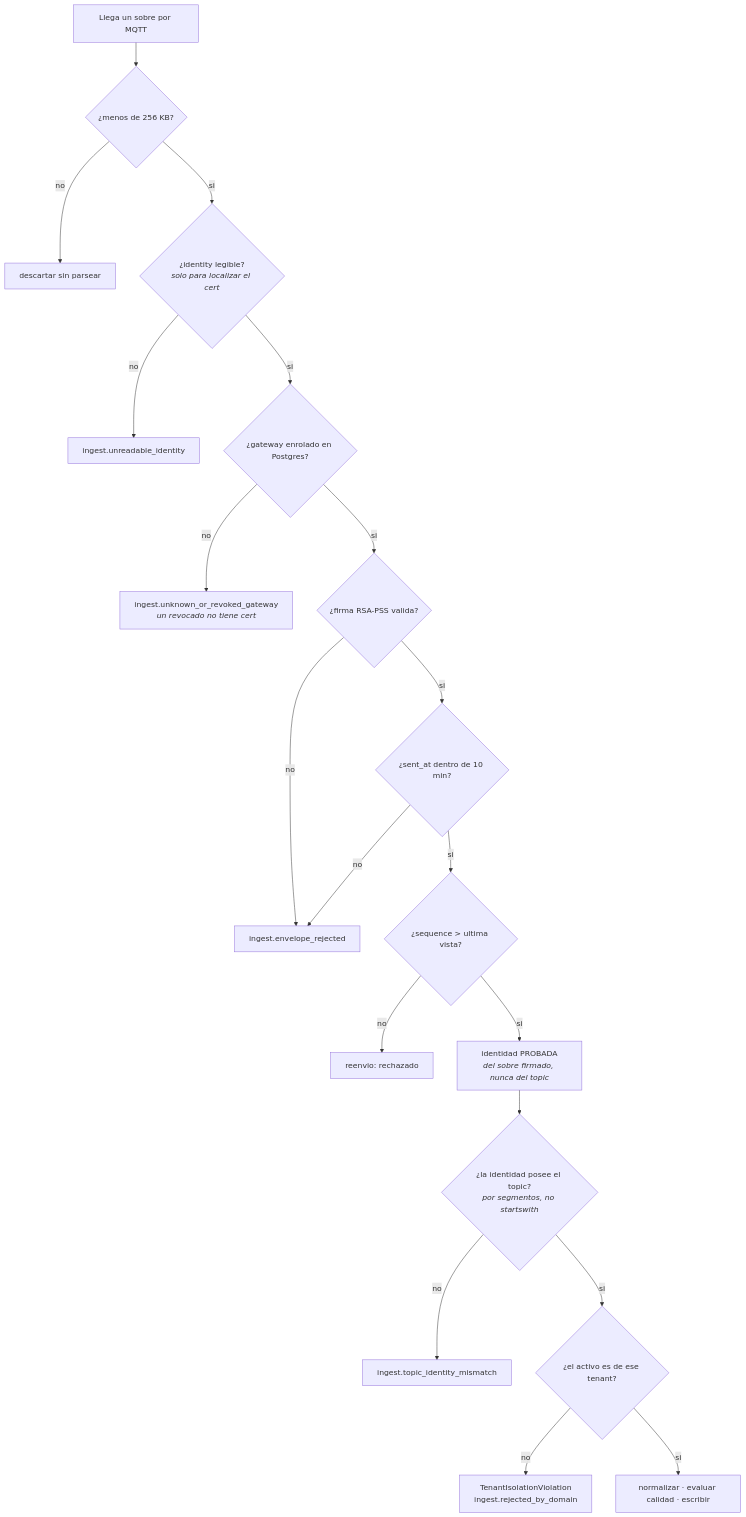
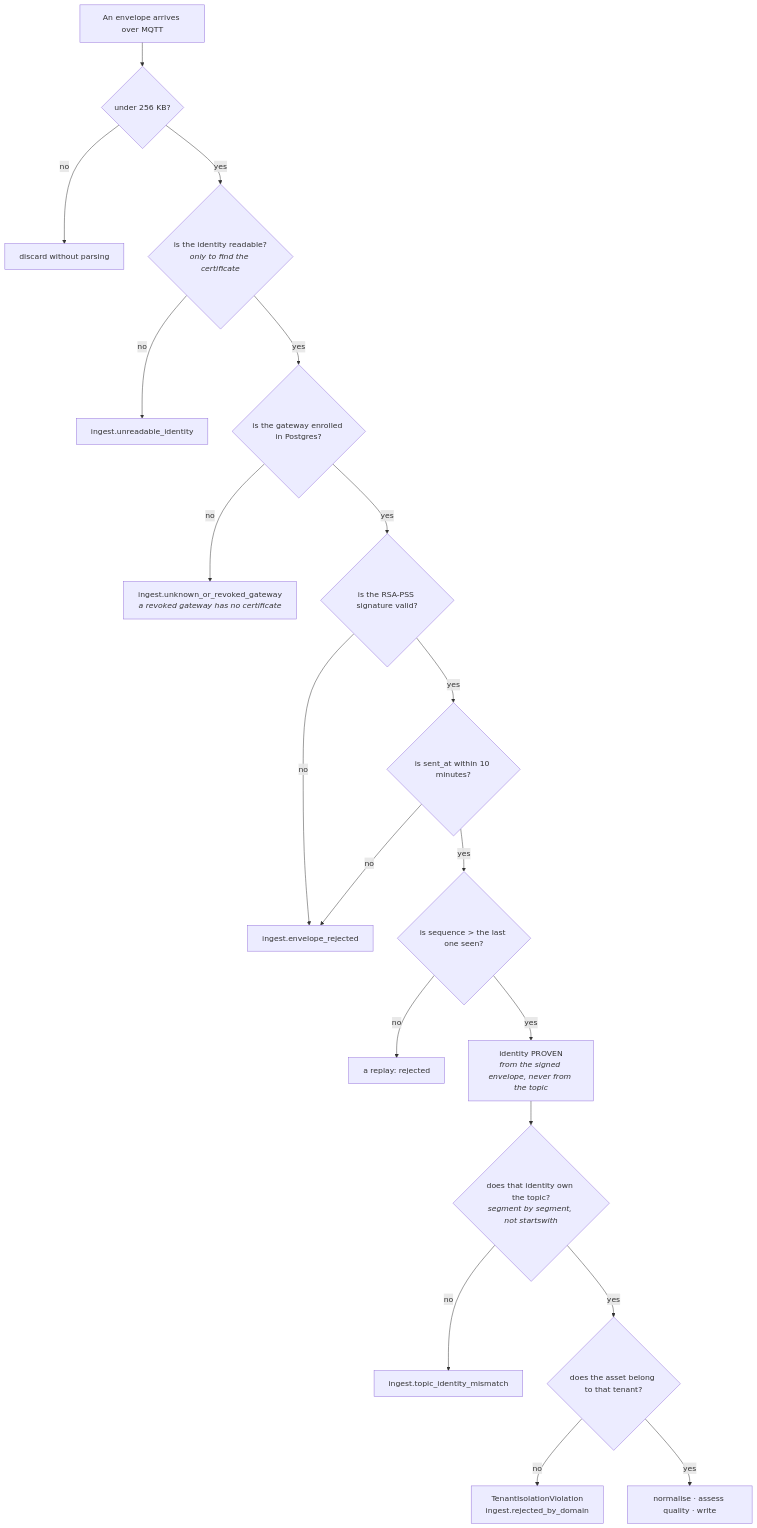
The third of 4 diagrams in README.md (Zoel-Manchon/ferrogate), drawn with Mermaid before and after one commit. The commit also changed other lines of this file, not shown here.

````diff
--- a/README.md
+++ b/README.md
@@ -134,21 +122,21 @@
 ```mermaid
 flowchart TD
-    R["Llega un sobre por MQTT"] --> S{"¿menos de 256 KB?"}
-    S -->|no| X1["descartar sin parsear"]
-    S -->|si| ID{"¿identity legible?<br/><i>solo para localizar el cert</i>"}
+    R["An envelope arrives over MQTT"] --> S{"under 256 KB?"}
+    S -->|no| X1["discard without parsing"]
+    S -->|yes| ID{"is the identity readable?<br/><i>only to find the certificate</i>"}
     ID -->|no| X2["ingest.unreadable_identity"]
-    ID -->|si| CERT{"¿gateway enrolado en Postgres?"}
-    CERT -->|no| X3["ingest.unknown_or_revoked_gateway<br/><i>un revocado no tiene cert</i>"]
-    CERT -->|si| SIG{"¿firma RSA-PSS valida?"}
+    ID -->|yes| CERT{"is the gateway enrolled in Postgres?"}
+    CERT -->|no| X3["ingest.unknown_or_revoked_gateway<br/><i>a revoked gateway has no certificate</i>"]
+    CERT -->|yes| SIG{"is the RSA-PSS signature valid?"}
     SIG -->|no| X4["ingest.envelope_rejected"]
-    SIG -->|si| FRESH{"¿sent_at dentro de 10 min?"}
+    SIG -->|yes| FRESH{"is sent_at within 10 minutes?"}
     FRESH -->|no| X4
-    FRESH -->|si| SEQ{"¿sequence &gt; ultima vista?"}
-    SEQ -->|no| X5["reenvio: rechazado"]
-    SEQ -->|si| PROVEN["identidad PROBADA<br/><i>del sobre firmado, nunca del topic</i>"]
-    PROVEN --> TOP{"¿la identidad posee el topic?<br/><i>por segmentos, no startswith</i>"}
+    FRESH -->|yes| SEQ{"is sequence &gt; the last one seen?"}
+    SEQ -->|no| X5["a replay: rejected"]
+    SEQ -->|yes| PROVEN["identity PROVEN<br/><i>from the signed envelope, never from the topic</i>"]
+    PROVEN --> TOP{"does that identity own the topic?<br/><i>segment by segment, not startswith</i>"}
     TOP -->|no| X6["ingest.topic_identity_mismatch"]
-    TOP -->|si| ASSET{"¿el activo es de ese tenant?"}
+    TOP -->|yes| ASSET{"does the asset belong to that tenant?"}
     ASSET -->|no| X7["TenantIsolationViolation<br/>ingest.rejected_by_domain"]
-    ASSET -->|si| OK["normalizar · evaluar calidad · escribir"]
+    ASSET -->|yes| OK["normalise · assess quality · write"]
 ```
````
